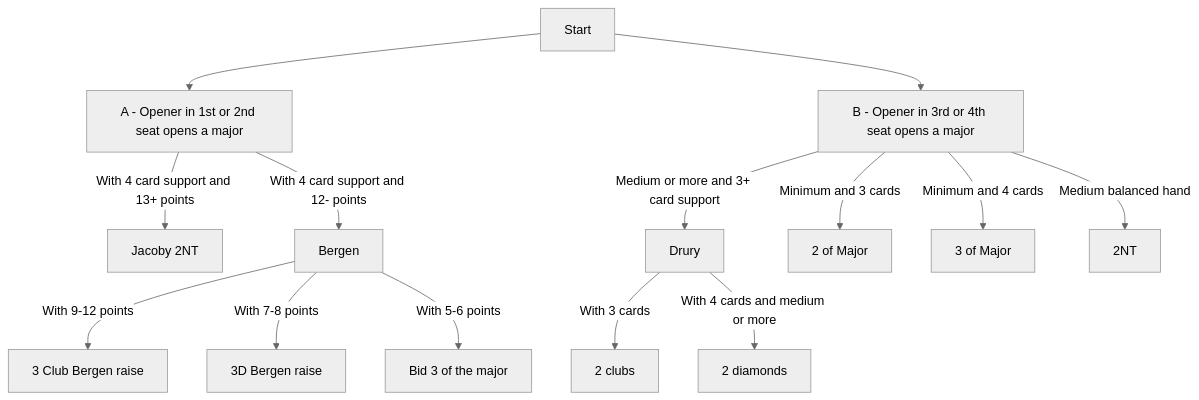
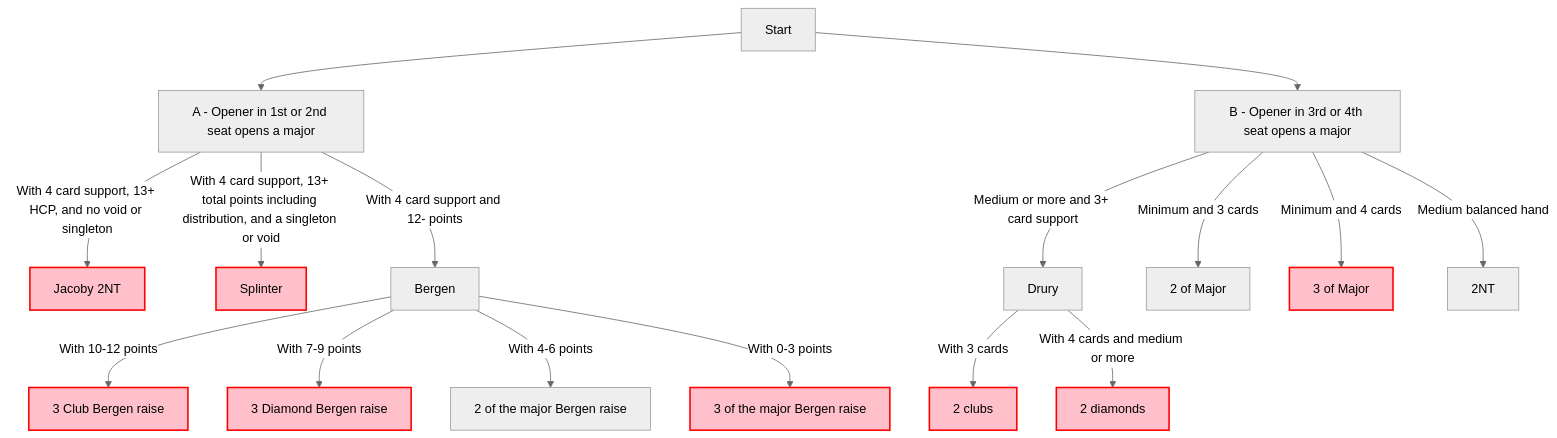
The diagram in MajorRaises.md (stephen-vakil/BridgeConventions), drawn with Mermaid (neutral theme) before and after one commit. The commit also changed other lines of this file and 1 other file, not shown here.

````diff
--- a/MajorRaises.md
+++ b/MajorRaises.md
@@ -1,20 +13,24 @@
 ```mermaid
 
 graph TD
     A[Start] -->B1[A - Opener in 1st or 2nd seat opens a major]
     A[Start] -->3rdseat[B - Opener in 3rd or 4th seat opens a major]
 
-    B1 -->|With 4 card support and 13+ points| Jacoby[Jacoby 2NT]
+    B1 -->|With 4 card support, 13+ HCP, and no void or singleton| Jacoby[Jacoby 2NT]:::alerted
+    B1 -->|With 4 card support, 13+ total points including distribution, and a singleton or void| Splinter[Splinter]:::alerted
     B1 -->|With 4 card support and 12- points| Bergen[Bergen]
 
-    Bergen -->|With 9-12 points| D1[3 Club Bergen raise]
-    Bergen -->|With 7-8 points| D2[3D Bergen raise]
-    Bergen -->|With 5-6 points| D3[Bid 3 of the major]
+    Bergen -->|With 10-12 points| D1[3 Club Bergen raise]:::alerted
+    Bergen -->|With 7-9 points| D2[3 Diamond Bergen raise]:::alerted
+    Bergen -->|With 4-6 points| D3[2 of the major Bergen raise]
+    Bergen -->|With 0-3 points| D4[3 of the major Bergen raise]:::alerted
 
     3rdseat -->|Medium or more and 3+ card support| Drury[Drury]
-    Drury -->|With 3 cards| E1[2 clubs]
-    Drury -->|With 4 cards and medium or more| E2[2 diamonds]
+    Drury -->|With 3 cards| E1[2 clubs]:::alerted
+    Drury -->|With 4 cards and medium or more| E2[2 diamonds]:::alerted
     3rdseat -->|Minimum and 3 cards| E3[2 of Major]
-    3rdseat -->|Minimum and 4 cards| E4[3 of Major]
+    3rdseat -->|Minimum and 4 cards| E4[3 of Major]:::alerted
     3rdseat -->|Medium balanced hand| E5[2NT]
+
+    classDef alerted fill:#FFC0CB,stroke:#ff0000,stroke-width:2px;
 ```
````
